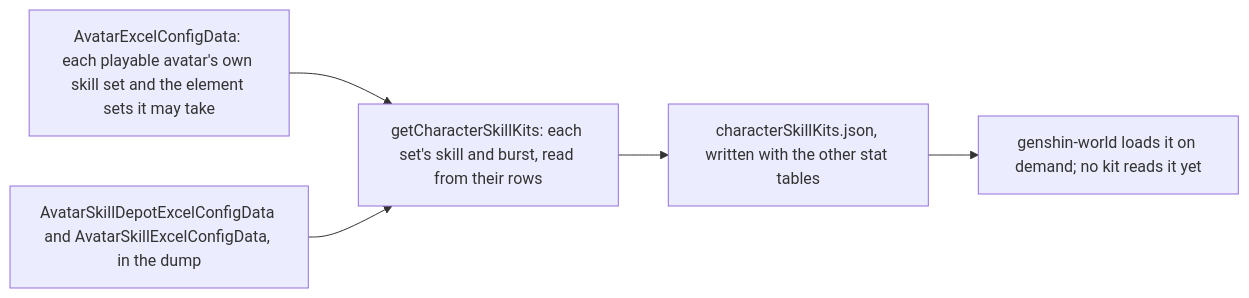
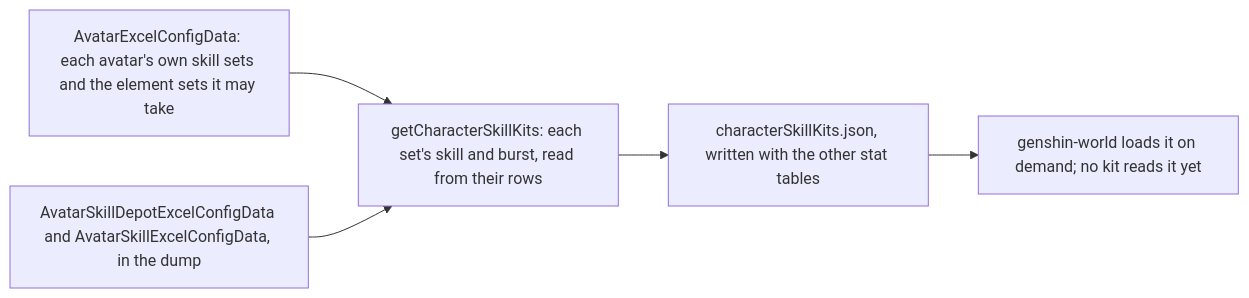
The diagram in apps/web/content/docs/genshin/character-kits.md (Esposter/Esposter), drawn with Mermaid before and after one commit. The commit also changed 1 other file, not shown here.

Commit message:
docs(genshin): two diagram labels shortened to the ninety characters the label test allows
Claude-Session: https://claude.ai/code/session_01PCYnokirTo1fA25eEfkvth

````diff
--- a/apps/web/content/docs/genshin/character-kits.md
+++ b/apps/web/content/docs/genshin/character-kits.md
@@ -14,7 +14,7 @@
 ```mermaid
 flowchart LR
-  AV["AvatarExcelConfigData: each playable avatar's own skill set and the element sets it may take"] --> RD["getCharacterSkillKits: each set's skill and burst, read from their rows"]
+  AV["AvatarExcelConfigData: each avatar's own skill sets and the element sets it may take"] --> RD["getCharacterSkillKits: each set's skill and burst, read from their rows"]
   SK["AvatarSkillDepotExcelConfigData and AvatarSkillExcelConfigData, in the dump"] --> RD
   RD --> JSON["characterSkillKits.json, written with the other stat tables"]
   JSON --> APP["genshin-world loads it on demand; no kit reads it yet"]
 ```
````
